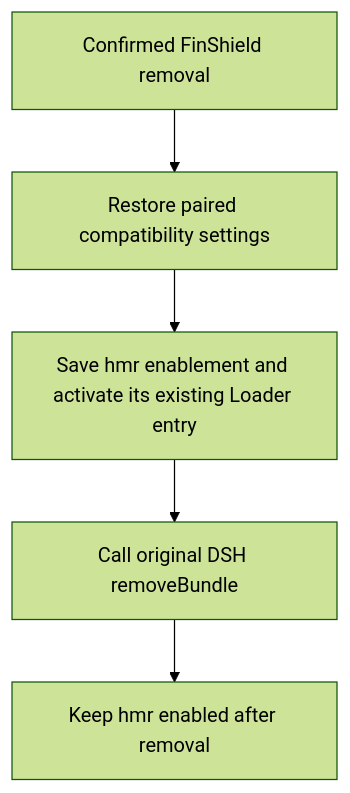
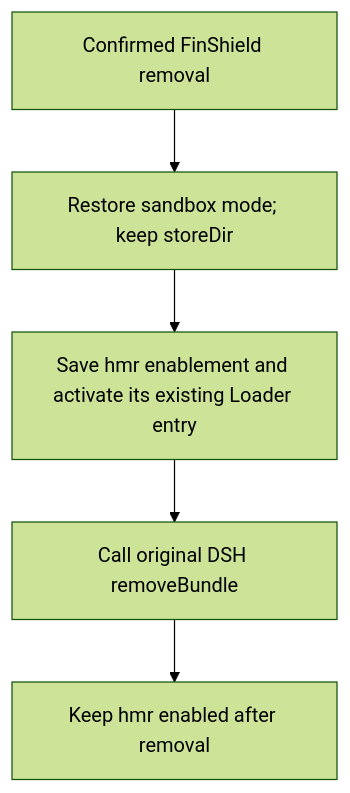
One commit to finogeeks/finsafe changed the fifth of 6 diagrams in integrations/dsh/windows/DESIGN.md. Above: the diagram before and after it, drawn with Mermaid (forest theme). The commit also changed other lines of this file and 18 other files, not shown here.

````diff
--- a/integrations/dsh/windows/DESIGN.md
+++ b/integrations/dsh/windows/DESIGN.md
@@ -414,7 +431,7 @@
 ```mermaid
 flowchart TD
-    A[Confirmed FinShield removal] --> B[Restore paired compatibility settings]
+    A[Confirmed FinShield removal] --> B[Restore sandbox mode; keep storeDir]
     B --> C[Save hmr enablement and activate its existing Loader entry]
     C --> D[Call original DSH removeBundle]
     D --> E[Keep hmr enabled after removal]
 ```
````
